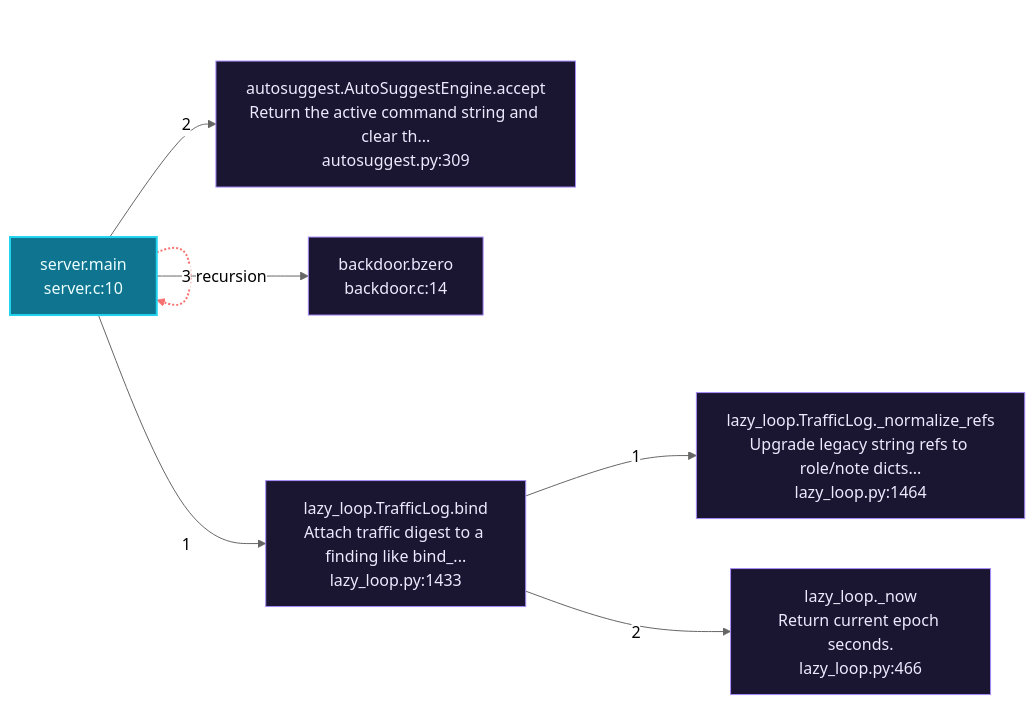
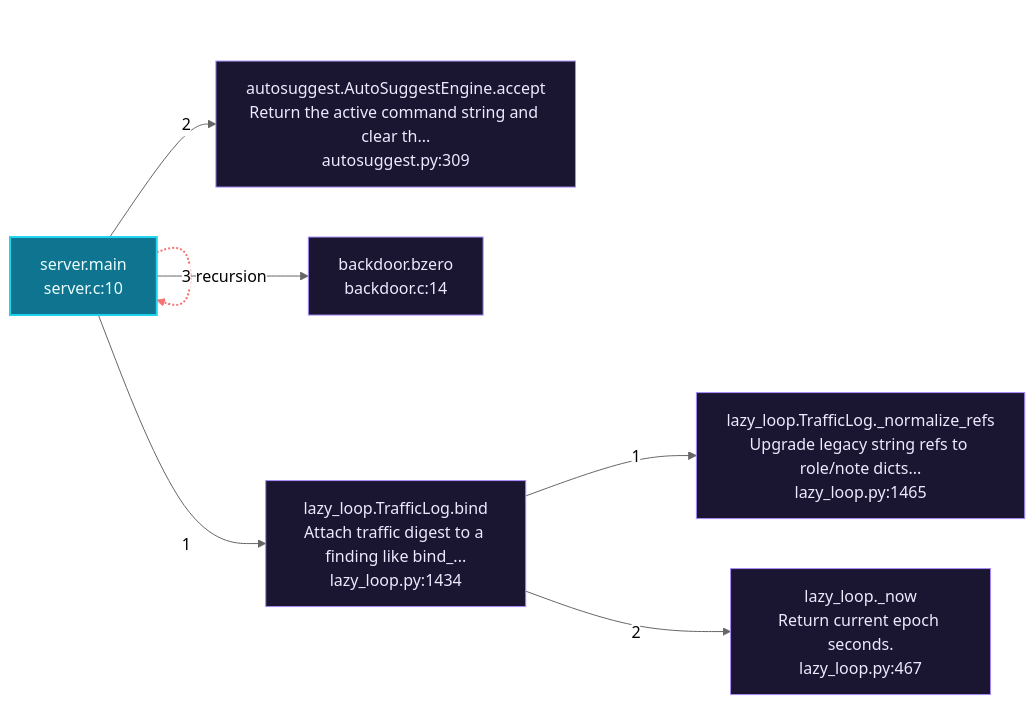
One commit to grisuno/LazyOwn changed the second of 6 diagrams in readmenator-apidocs/architecture.md. Above: the diagram before and after it, drawn with Mermaid (neutral theme). The commit also changed other lines of this file and 325 other files, not shown here.

````diff
--- a/readmenator-apidocs/architecture.md
+++ b/readmenator-apidocs/architecture.md
@@ -139,18 +152,18 @@
 ```mermaid
 flowchart LR
     classDef entry fill:#0e7490,stroke:#22d3ee,color:#ecfeff,stroke-width:2px;
     classDef external fill:#1a1530,stroke:#a78bfa,color:#ede9fe;
     n_modules_backdoor_server_c__main["server.main<br/>server.c:10"]:::entry
-    n_modules_lazy_loop_py__bind["lazy_loop.TrafficLog.bind<br/>Attach traffic digest to a finding like bind_...<br/>lazy_loop.py:1433"]:::external
-    n_modules_lazy_loop_py___normalize_refs["lazy_loop.TrafficLog._normalize_refs<br/>Upgrade legacy string refs to role/note dicts...<br/>lazy_loop.py:1464"]:::external
-    n_modules_lazy_loop_py___now["lazy_loop._now<br/>Return current epoch seconds.<br/>lazy_loop.py:466"]:::external
+    n_modules_lazy_loop_py__bind["lazy_loop.TrafficLog.bind<br/>Attach traffic digest to a finding like bind_...<br/>lazy_loop.py:1434"]:::external
+    n_modules_lazy_loop_py___normalize_refs["lazy_loop.TrafficLog._normalize_refs<br/>Upgrade legacy string refs to role/note dicts...<br/>lazy_loop.py:1465"]:::external
+    n_modules_lazy_loop_py___now["lazy_loop._now<br/>Return current epoch seconds.<br/>lazy_loop.py:467"]:::external
     n_cli_autosuggest_py__accept["autosuggest.AutoSuggestEngine.accept<br/>Return the active command string and clear th...<br/>autosuggest.py:309"]:::external
     n_modules_backdoor_backdoor_c__bzero["backdoor.bzero<br/>backdoor.c:14"]:::external
     n_modules_backdoor_server_c__main -.->|"recursion"| n_modules_backdoor_server_c__main
     n_modules_backdoor_server_c__main -->|"1"| n_modules_lazy_loop_py__bind
     n_modules_lazy_loop_py__bind -->|"1"| n_modules_lazy_loop_py___normalize_refs
     n_modules_lazy_loop_py__bind -->|"2"| n_modules_lazy_loop_py___now
     n_modules_backdoor_server_c__main -->|"2"| n_cli_autosuggest_py__accept
     n_modules_backdoor_server_c__main -->|"3"| n_modules_backdoor_backdoor_c__bzero
     linkStyle 0 stroke:#f87171,stroke-width:2px;
 ```
````
